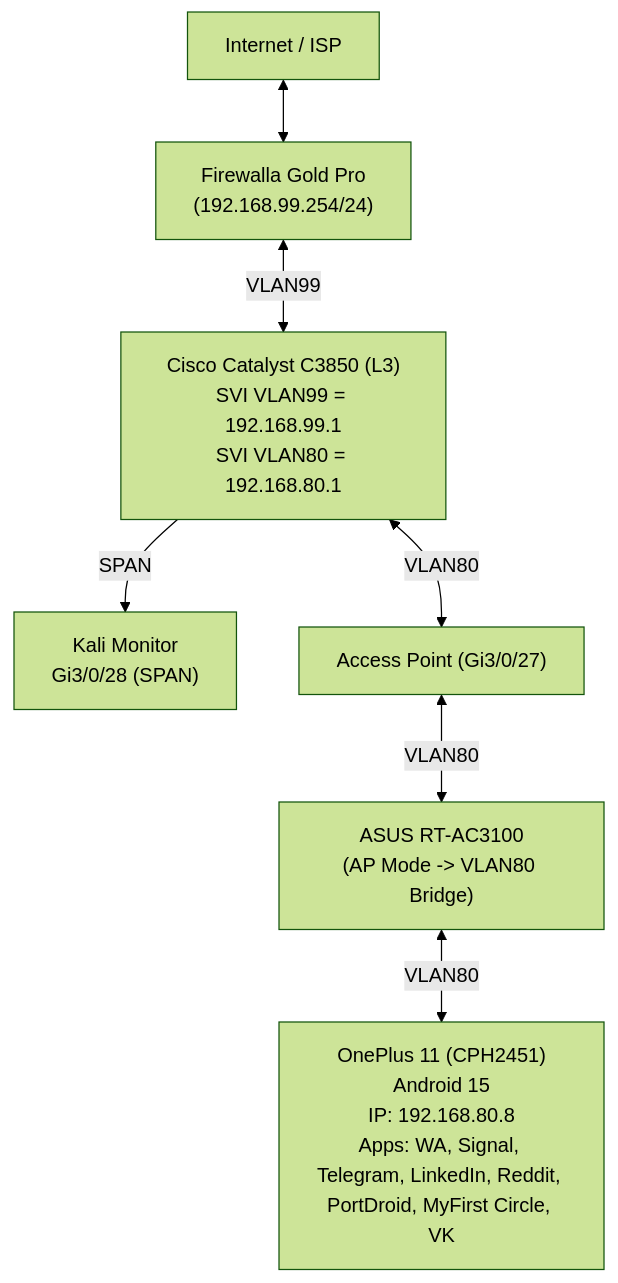
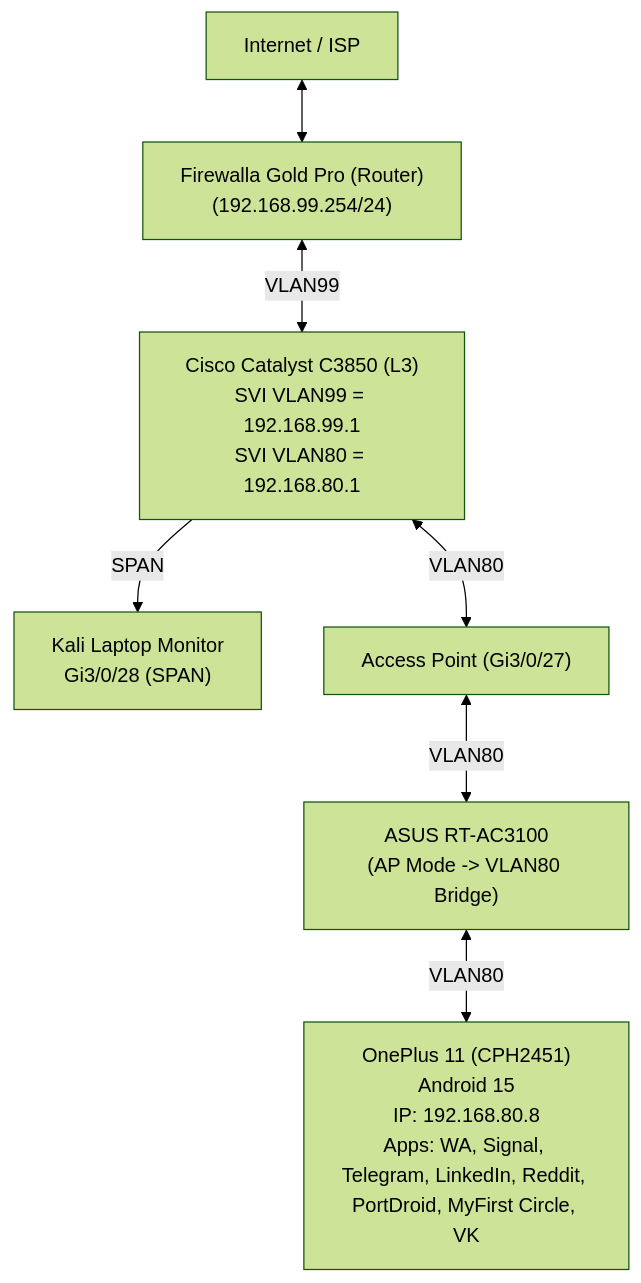
Before and after one commit to blackTieV2/ZEIT8023-S2-2025-: the diagram in Labs/ClientSide/LabSetup.md, drawn with Mermaid (forest theme). The commit also changed other lines of this file, not shown here.

````diff
--- a/Labs/ClientSide/LabSetup.md
+++ b/Labs/ClientSide/LabSetup.md
@@ -157,25 +12,25 @@
 ```mermaid
 flowchart TD
 ISP["Internet / ISP"]
-FW["Firewalla Gold Pro
+FW["Firewalla Gold Pro (Router)
 (192.168.99.254/24)"]
 SW["Cisco Catalyst C3850 (L3)
 SVI VLAN99 = 192.168.99.1
 SVI VLAN80 = 192.168.80.1"]
-KALI["Kali Monitor
+KALI["Kali Laptop Monitor
 Gi3/0/28 (SPAN)"]
 AP["Access Point (Gi3/0/27)"]
 ASUS["ASUS RT-AC3100
 (AP Mode -> VLAN80 Bridge)"]
 OP11["OnePlus 11 (CPH2451)
 Android 15
 IP: 192.168.80.8
 Apps: WA, Signal, Telegram, LinkedIn, Reddit, PortDroid, MyFirst Circle, VK"]
 
 ISP <--> FW
 FW <--> | VLAN99 | SW
 SW --> | SPAN | KALI
 SW <--> | VLAN80 | AP
 AP <--> | VLAN80 | ASUS
 ASUS <--> | VLAN80 | OP11
 ```
````
